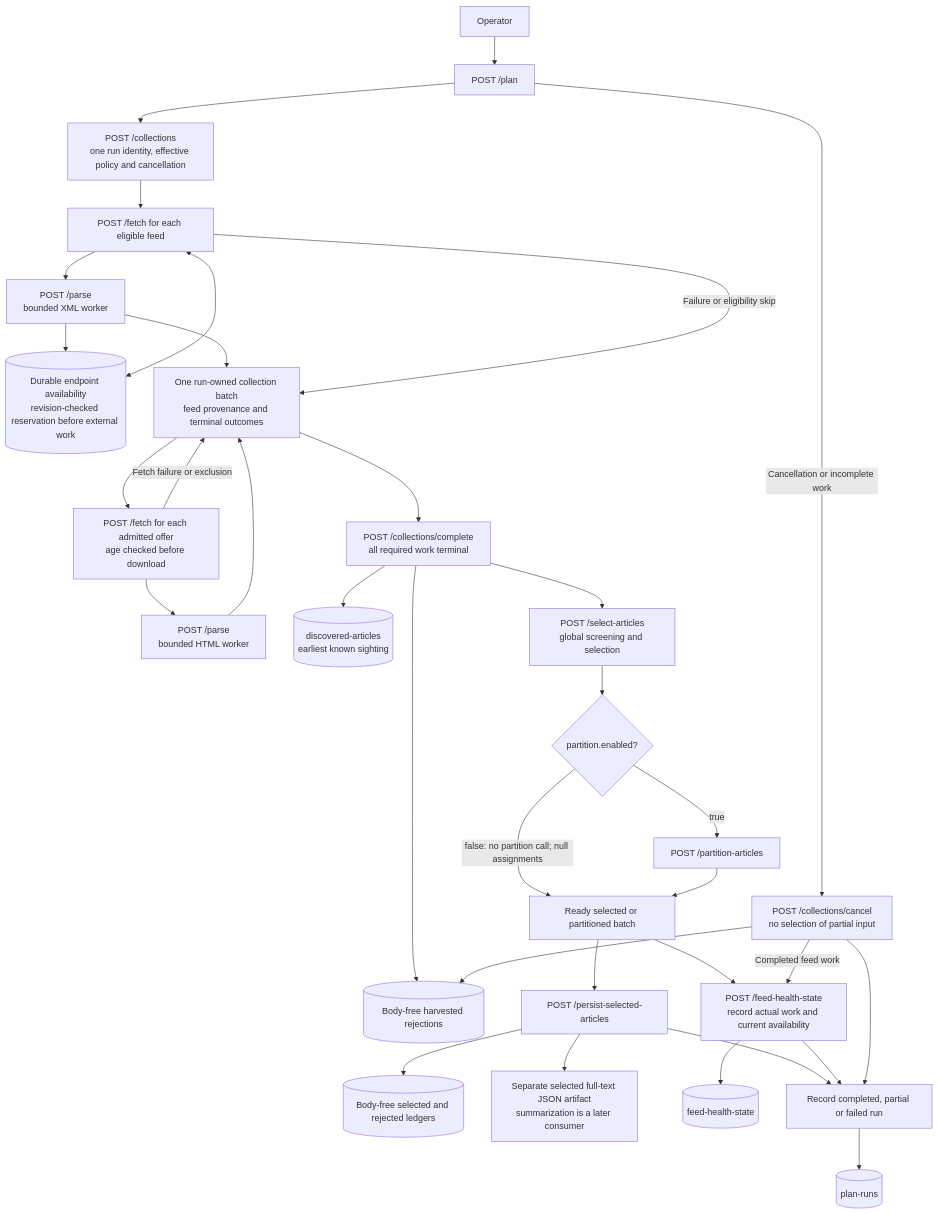
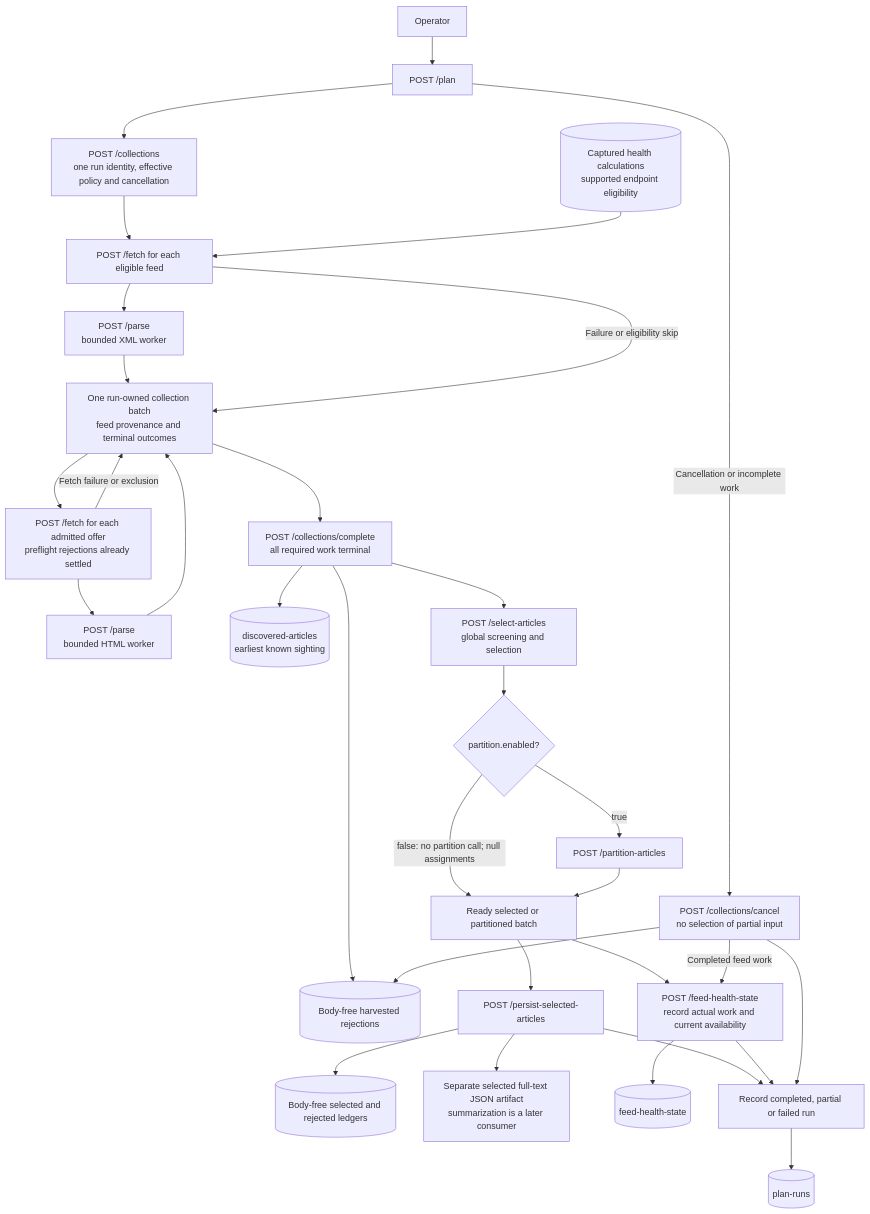
Before and after one commit to miztiik/yen-idhazh: the diagram in docs/architecture/sources/feed-operator-api.md, drawn with Mermaid. The commit also changed other lines of this file and 23 other files, not shown here.

````diff
--- a/docs/architecture/sources/feed-operator-api.md
+++ b/docs/architecture/sources/feed-operator-api.md
@@ -168,35 +173,34 @@
 ```mermaid
 flowchart TD
   OP["Operator"] --> PLAN["POST /plan"]
   PLAN --> BEGIN["POST /collections<br/>one run identity, effective policy and cancellation"]
   BEGIN --> FETCH_FEED["POST /fetch for each eligible feed"]
-  CURRENT[("Durable endpoint availability<br/>revision-checked reservation before external work")] <--> FETCH_FEED
+  CURRENT[("Captured health calculations<br/>supported endpoint eligibility")] --> FETCH_FEED
   FETCH_FEED --> PARSE_FEED["POST /parse<br/>bounded XML worker"]
-  PARSE_FEED --> CURRENT
   PARSE_FEED --> BATCH["One run-owned collection batch<br/>feed provenance and terminal outcomes"]
-  BATCH --> FETCH_ARTICLE["POST /fetch for each admitted offer<br/>age checked before download"]
+  BATCH --> FETCH_ARTICLE["POST /fetch for each admitted offer<br/>preflight rejections already settled"]
   FETCH_ARTICLE --> PARSE_ARTICLE["POST /parse<br/>bounded HTML worker"]
   PARSE_ARTICLE --> BATCH
   FETCH_FEED -->|"Failure or eligibility skip"| BATCH
   FETCH_ARTICLE -->|"Fetch failure or exclusion"| BATCH
   BATCH --> COMPLETE["POST /collections/complete<br/>all required work terminal"]
   COMPLETE --> DISCOVERY[("discovered-articles<br/>earliest known sighting")]
   COMPLETE --> REJECTIONS[("Body-free harvested rejections")]
   COMPLETE --> SELECT["POST /select-articles<br/>global screening and selection"]
   SELECT --> ENABLED{"partition.enabled?"}
   ENABLED -->|"true"| PARTITION["POST /partition-articles"]
   ENABLED -->|"false: no partition call; null assignments"| READY["Ready selected or partitioned batch"]
   PARTITION --> READY
   READY --> PERSIST["POST /persist-selected-articles"]
   PERSIST --> METADATA[("Body-free selected and rejected ledgers")]
   PERSIST --> TEXT["Separate selected full-text JSON artifact<br/>summarization is a later consumer"]
   READY --> HEALTH["POST /feed-health-state<br/>record actual work and current availability"]
   HEALTH --> HEALTH_LEDGER[("feed-health-state")]
   PERSIST --> FINAL["Record completed, partial or failed run"]
   HEALTH --> FINAL
   FINAL --> RUNS[("plan-runs")]
   PLAN -->|"Cancellation or incomplete work"| CANCEL["POST /collections/cancel<br/>no selection of partial input"]
   CANCEL --> REJECTIONS
   CANCEL -->|"Completed feed work"| HEALTH
   CANCEL --> FINAL
 ```
````
